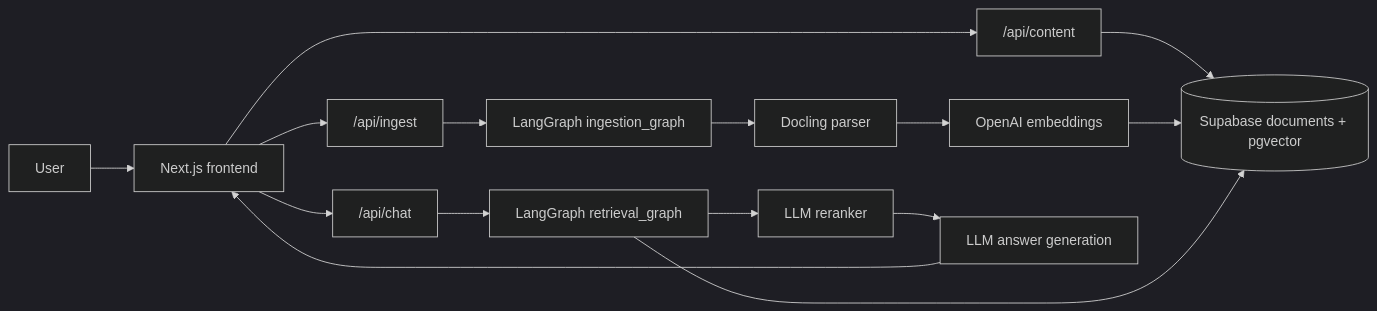
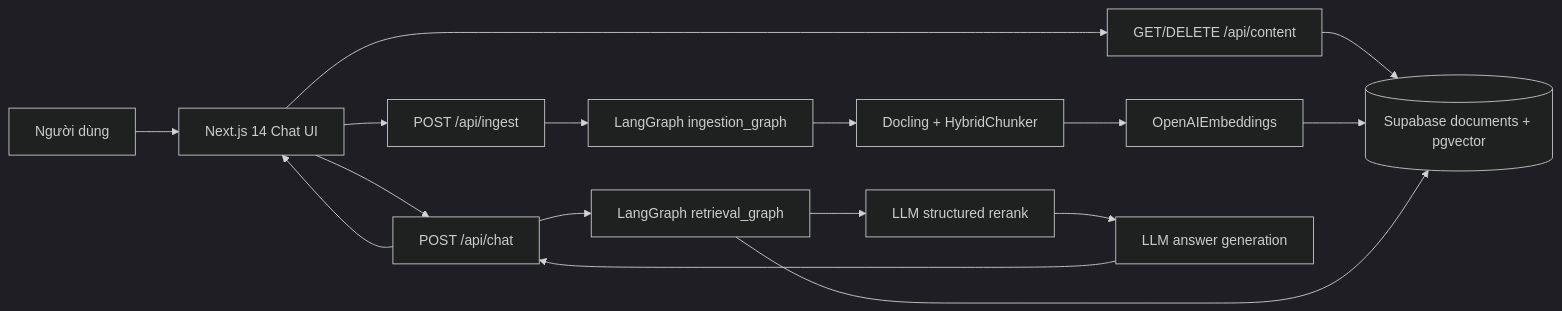
The first of 5 diagrams in README.md (VuTrinhNguyenHoang/pdf-chatbot), drawn with Mermaid (dark theme) before and after one commit. The commit also changed other lines of this file, not shown here.

````diff
--- a/README.md
+++ b/README.md
@@ -23,20 +59,21 @@
 ```mermaid
 flowchart LR
-  User["User"] --> UI["Next.js frontend"]
-  UI --> IngestAPI["/api/ingest"]
-  UI --> ChatAPI["/api/chat"]
-  UI --> ContentAPI["/api/content"]
+  User["Người dùng"] --> UI["Next.js 14 Chat UI"]
+  UI --> IngestAPI["POST /api/ingest"]
+  UI --> ChatAPI["POST /api/chat"]
+  UI --> ContentAPI["GET/DELETE /api/content"]
 
   IngestAPI --> IngestionGraph["LangGraph ingestion_graph"]
   ChatAPI --> RetrievalGraph["LangGraph retrieval_graph"]
   ContentAPI --> Supabase[("Supabase documents + pgvector")]
 
-  IngestionGraph --> Docling["Docling parser"]
-  Docling --> Embeddings["OpenAI embeddings"]
+  IngestionGraph --> Docling["Docling + HybridChunker"]
+  Docling --> Embeddings["OpenAIEmbeddings"]
   Embeddings --> Supabase
 
   RetrievalGraph --> Supabase
-  RetrievalGraph --> Reranker["LLM reranker"]
+  RetrievalGraph --> Reranker["LLM structured rerank"]
   Reranker --> Generator["LLM answer generation"]
-  Generator --> UI
+  Generator --> ChatAPI
+  ChatAPI --> UI
 ```
````
